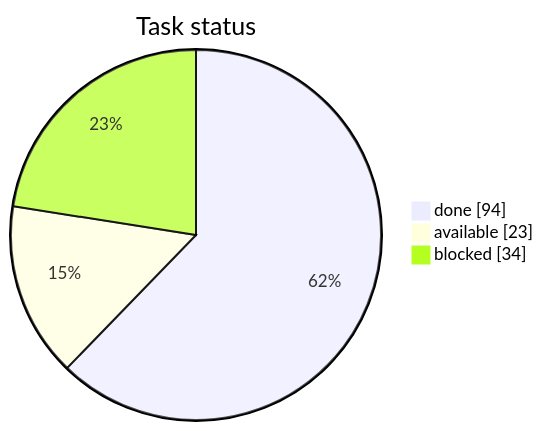
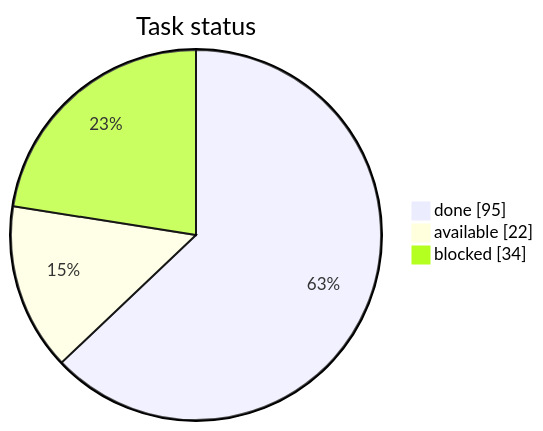
One commit to artemiiShabanov/RallyRivals changed the first of 3 diagrams in STATUS.md. Above: the diagram before and after it, drawn with Mermaid. The commit also changed other lines of this file and 6 other files, not shown here.

````diff
--- a/STATUS.md
+++ b/STATUS.md
@@ -7,7 +7,7 @@
 ```mermaid
 pie showData
     title Task status
-    "done" : 94
-    "available" : 23
+    "done" : 95
+    "available" : 22
     "blocked" : 34
 ```
````
